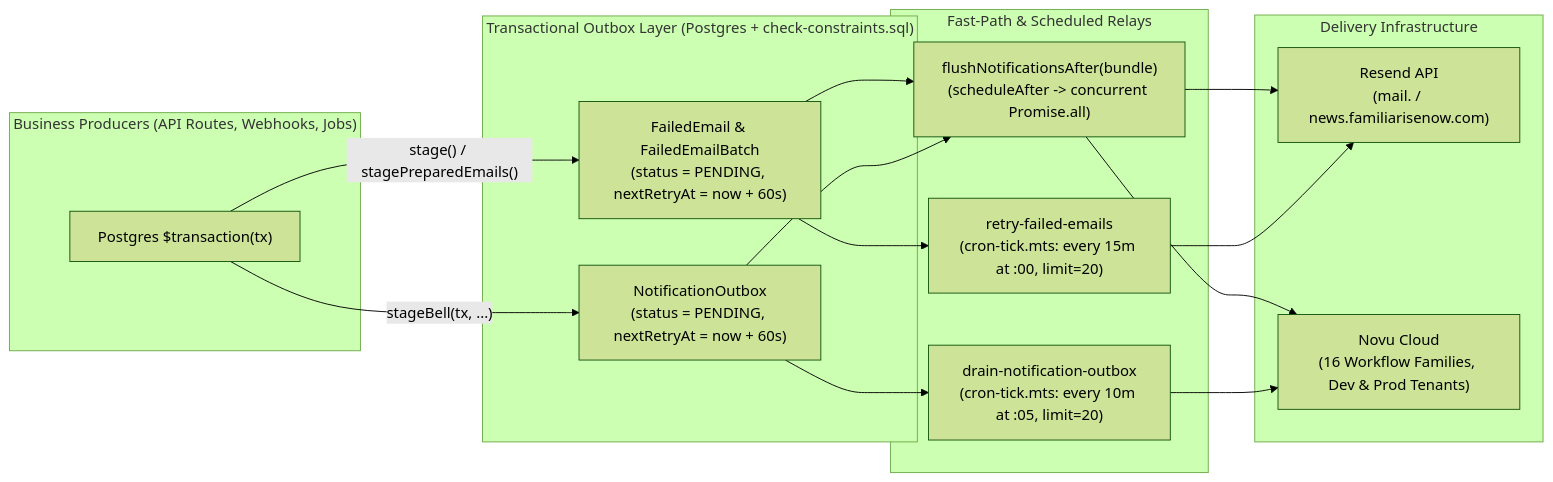
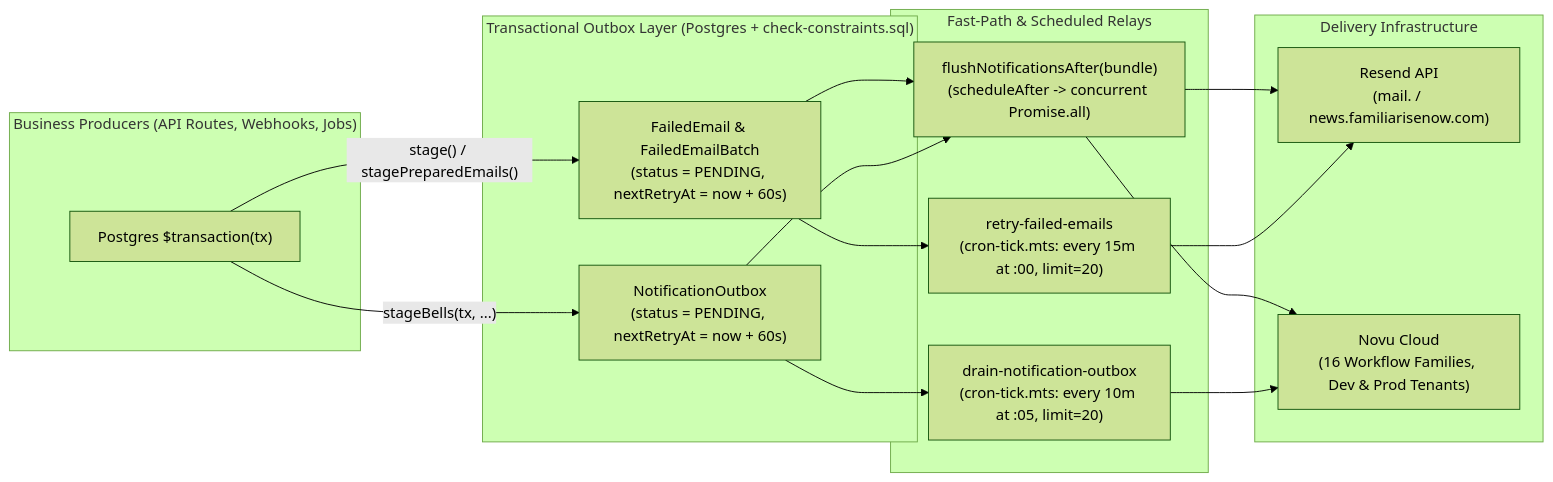
Before and after one commit to Practitionist/familiarise_web: the first of 5 diagrams in docs/notifications/01-architecture.md, drawn with Mermaid (forest theme). The commit also changed other lines of this file and 92 other files, not shown here.

````diff
--- a/docs/notifications/01-architecture.md
+++ b/docs/notifications/01-architecture.md
@@ -18,33 +18,33 @@
 ```mermaid
 graph LR
     subgraph "Business Producers (API Routes, Webhooks, Jobs)"
         TX["Postgres $transaction(tx)"]
     end
 
     subgraph "Transactional Outbox Layer (Postgres + check-constraints.sql)"
         FE["FailedEmail & FailedEmailBatch<br/>(status = PENDING, nextRetryAt = now + 60s)"]
         NO["NotificationOutbox<br/>(status = PENDING, nextRetryAt = now + 60s)"]
     end
 
     subgraph "Fast-Path & Scheduled Relays"
         FLUSH["flushNotificationsAfter(bundle)<br/>(scheduleAfter -> concurrent Promise.all)"]
         ERELAY["retry-failed-emails<br/>(cron-tick.mts: every 15m at :00, limit=20)"]
         NRELAY["drain-notification-outbox<br/>(cron-tick.mts: every 10m at :05, limit=20)"]
     end
 
     subgraph "Delivery Infrastructure"
         RESEND["Resend API<br/>(mail. / news.familiarisenow.com)"]
         NOVU["Novu Cloud<br/>(16 Workflow Families, Dev & Prod Tenants)"]
     end
 
     TX -->|"stage() / stagePreparedEmails()"| FE
-    TX -->|"stageBell(tx, ...)"| NO
+    TX -->|"stageBells(tx, ...)"| NO
     FE --> FLUSH
     NO --> FLUSH
     FE --> ERELAY
     NO --> NRELAY
     FLUSH --> RESEND
     ERELAY --> RESEND
     FLUSH --> NOVU
     NRELAY --> NOVU
 ```
````
